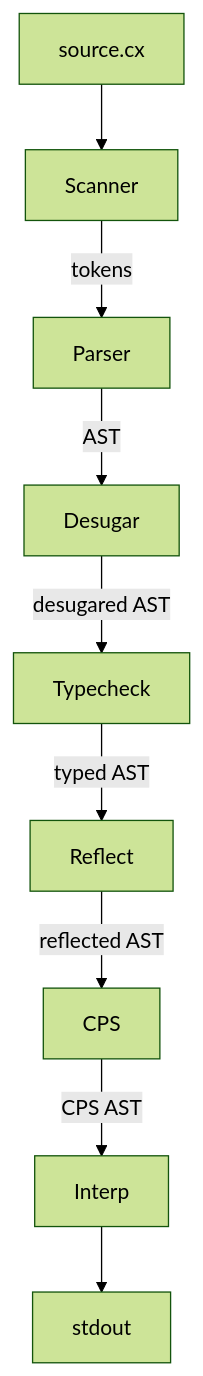
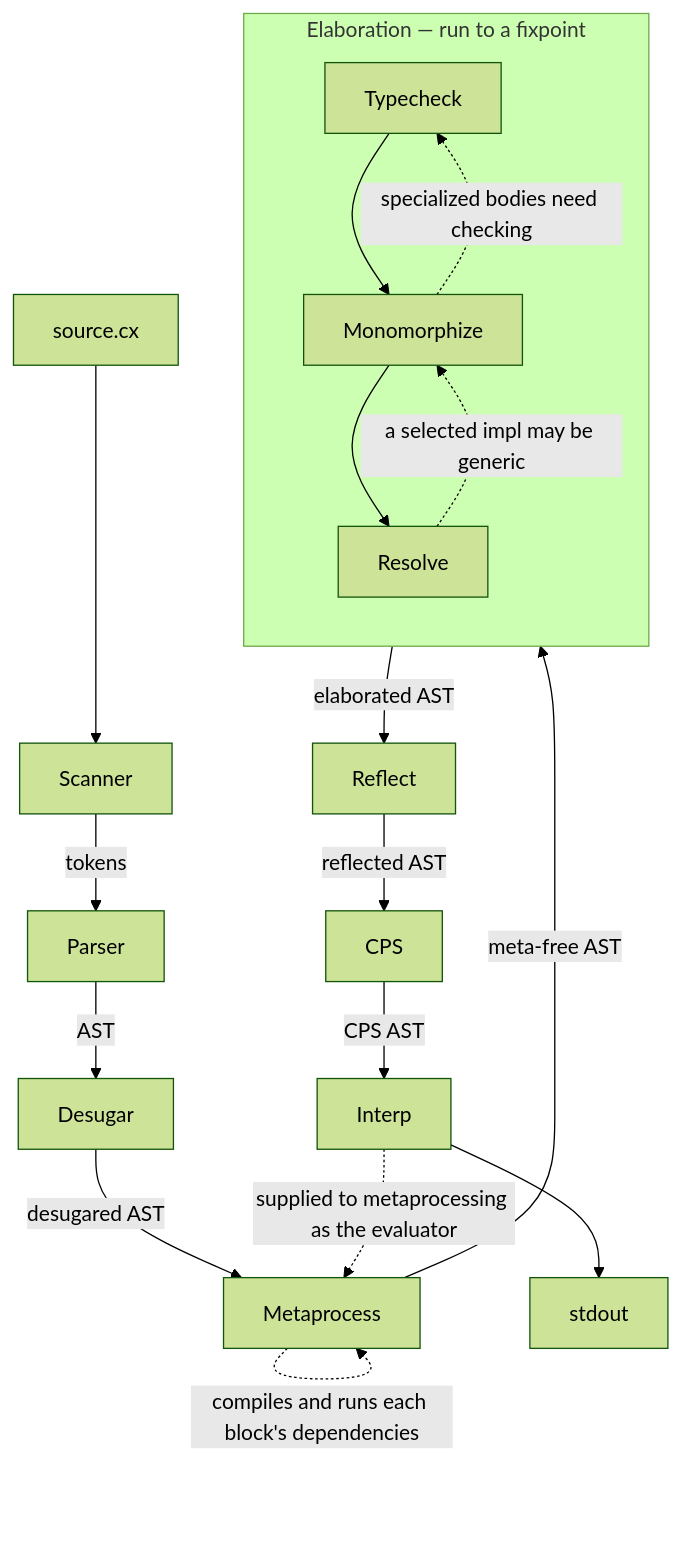
The diagram in internal-docs/architecture.md (brendancron/Compiler), drawn with Mermaid (forest theme) before and after one commit. The commit also changed other lines of this file and 11 other files, not shown here.

````diff
--- a/internal-docs/architecture.md
+++ b/internal-docs/architecture.md
@@ -3,12 +3,21 @@
 ```mermaid
 flowchart TD
-    src["source.cx"]
-    src --> scanner["Scanner"]
+    subgraph elab["Elaboration — run to a fixpoint"]
+        direction TB
+        check["Typecheck"] --> mono["Monomorphize"] --> resolve["Resolve"]
+        mono -. "specialized bodies need checking" .-> check
+        resolve -. "a selected impl may be generic" .-> mono
+    end
+
+    src["source.cx"] --> scanner["Scanner"]
     scanner -->|"tokens"| parser["Parser"]
     parser -->|"AST"| desugar["Desugar"]
-    desugar -->|"desugared AST"| check["Typecheck"]
-    check -->|"typed AST"| reflect["Reflect"]
+    desugar -->|"desugared AST"| meta["Metaprocess"]
+    meta -->|"meta-free AST"| check
+    meta -. "compiles and runs each block's dependencies" .-> meta
+    resolve -->|"elaborated AST"| reflect["Reflect"]
     reflect -->|"reflected AST"| cps["CPS"]
     cps -->|"CPS AST"| interp["Interp"]
     interp --> out["stdout"]
+    interp -. "supplied to metaprocessing as the evaluator" .-> meta
 ```
````
